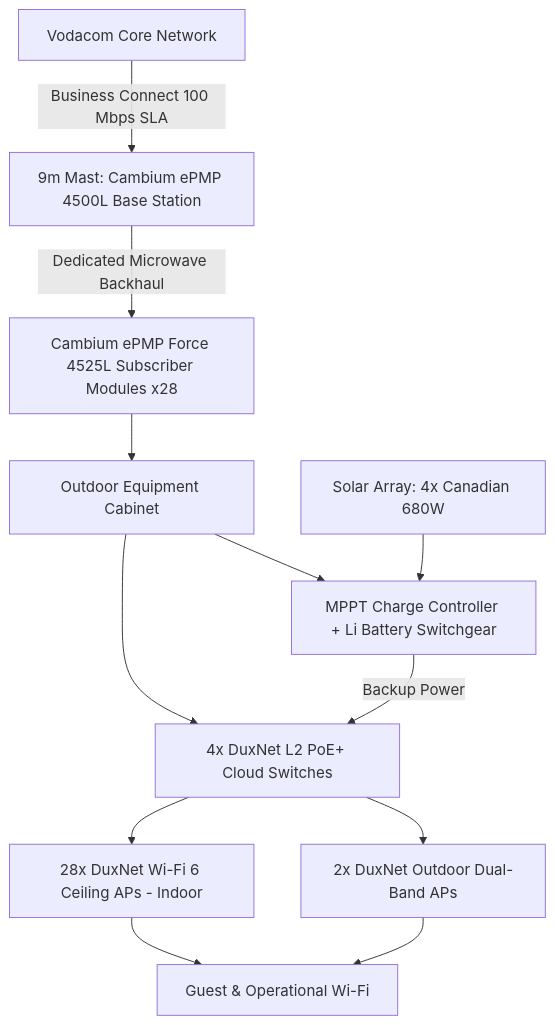
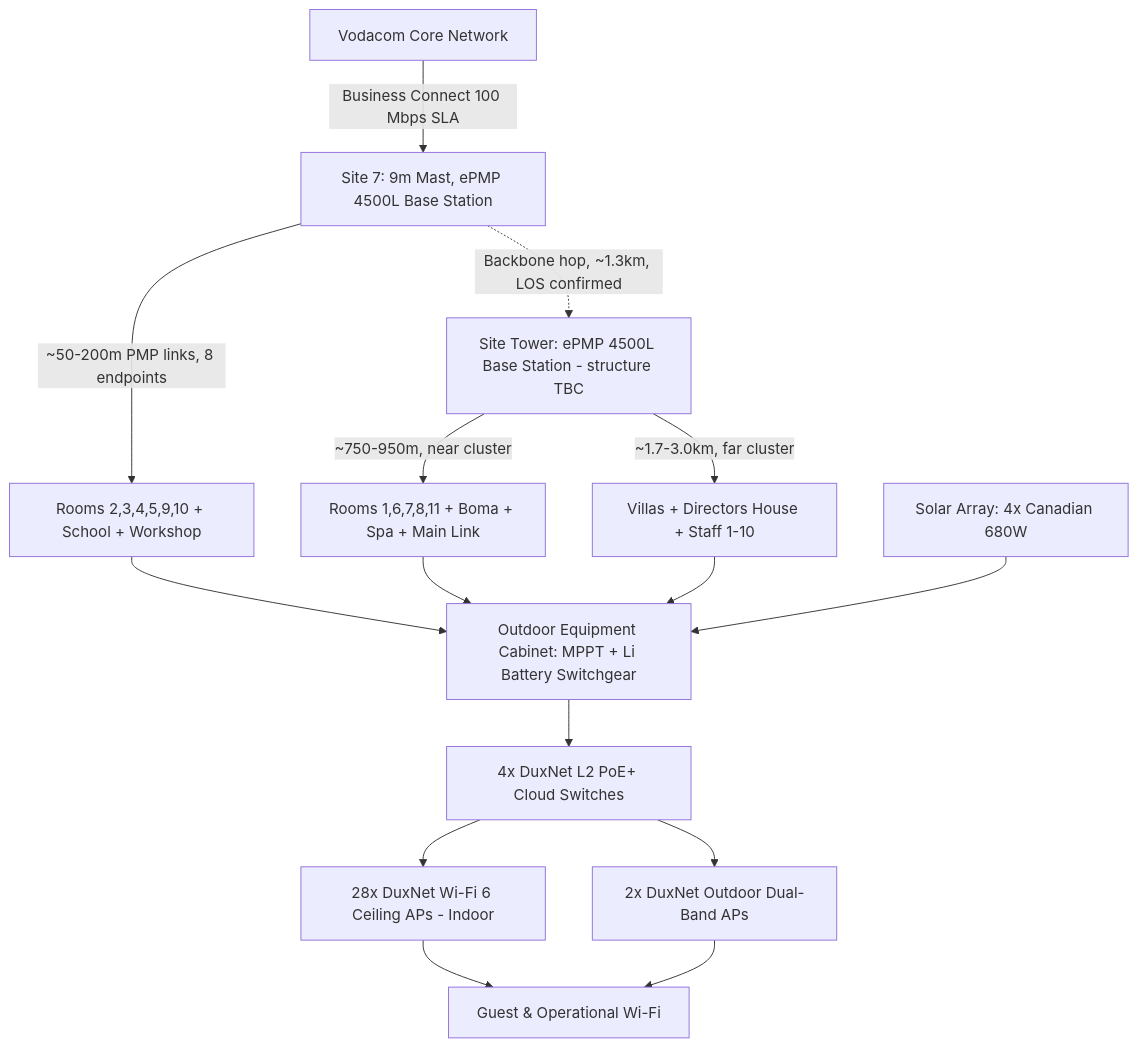
One commit to Gerhardhsmit/cttx-infrastructure-intelligence changed the diagram in proposals/CTTX_Quote_BarefootAddoElephantLodge_2026-09-25.md. Above: the diagram before and after it, drawn with Mermaid. The commit also changed other lines of this file and 1 other file, not shown here.

First line of the commit message:
Correct quote with Abel's field RF survey - flag second base station site gap

````diff
--- a/proposals/CTTX_Quote_BarefootAddoElephantLodge_2026-09-25.md
+++ b/proposals/CTTX_Quote_BarefootAddoElephantLodge_2026-09-25.md
@@ -37,14 +41,17 @@
 ```mermaid
 graph TD
-    A[Vodacom Core Network] -->|Business Connect 100 Mbps SLA| B[9m Mast: Cambium ePMP 4500L Base Station]
-    B -->|Dedicated Microwave Backhaul| C[Cambium ePMP Force 4525L Subscriber Modules x28]
-    C --> D[Outdoor Equipment Cabinet]
-    D --> E[MPPT Charge Controller + Li Battery Switchgear]
-    D --> F[4x DuxNet L2 PoE+ Cloud Switches]
-    G[Solar Array: 4x Canadian 680W] --> E
-    E -->|Backup Power| F
-    F --> H[28x DuxNet Wi-Fi 6 Ceiling APs - Indoor]
-    F --> I[2x DuxNet Outdoor Dual-Band APs]
-    H --> J[Guest & Operational Wi-Fi]
-    I --> J
+    V[Vodacom Core Network] -->|Business Connect 100 Mbps SLA| S7[Site 7: 9m Mast, ePMP 4500L Base Station]
+    S7 -->|~50-200m PMP links, 8 endpoints| SUB1[Rooms 2,3,4,5,9,10 + School + Workshop]
+    S7 -.->|Backbone hop, ~1.3km, LOS confirmed| ST[Site Tower: ePMP 4500L Base Station - structure TBC]
+    ST -->|~750-950m, near cluster| SUB2[Rooms 1,6,7,8,11 + Boma + Spa + Main Link]
+    ST -->|~1.7-3.0km, far cluster| SUB3[Villas + Directors House + Staff 1-10]
+    SUB1 --> CAB[Outdoor Equipment Cabinet: MPPT + Li Battery Switchgear]
+    SUB2 --> CAB
+    SUB3 --> CAB
+    SOLAR[Solar Array: 4x Canadian 680W] --> CAB
+    CAB --> SW[4x DuxNet L2 PoE+ Cloud Switches]
+    SW --> APIN[28x DuxNet Wi-Fi 6 Ceiling APs - Indoor]
+    SW --> APOUT[2x DuxNet Outdoor Dual-Band APs]
+    APIN --> WIFI[Guest & Operational Wi-Fi]
+    APOUT --> WIFI
 ```
````
